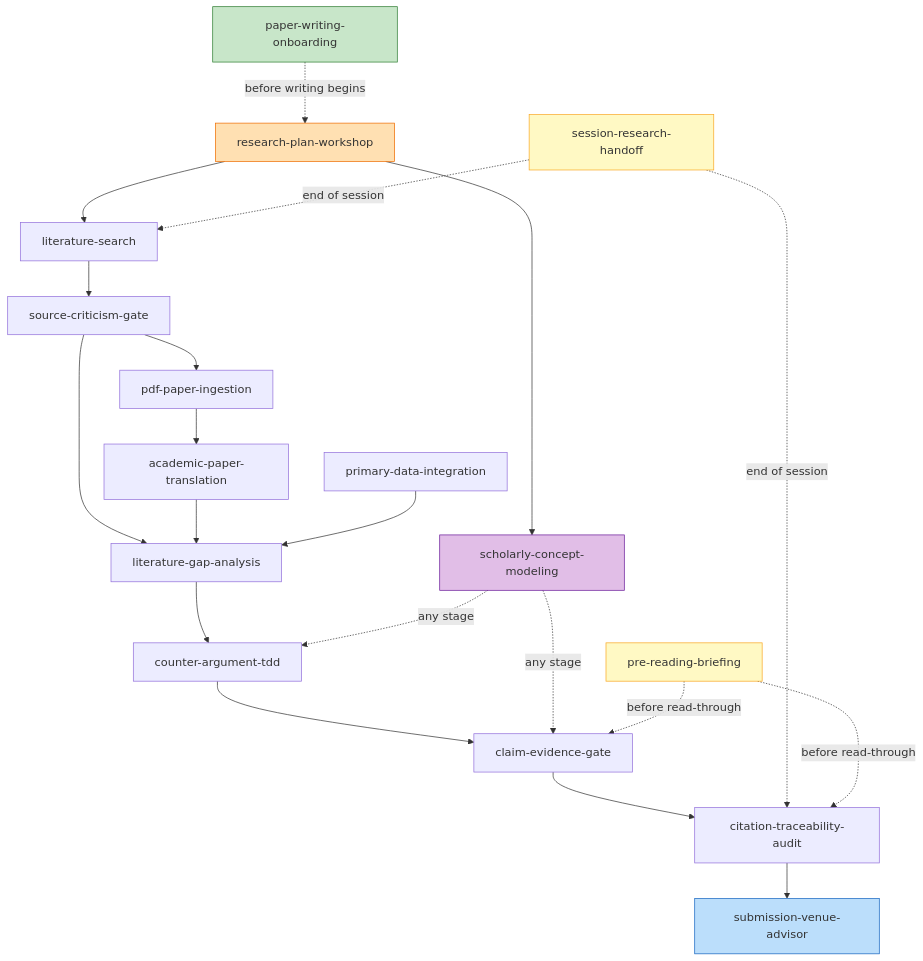
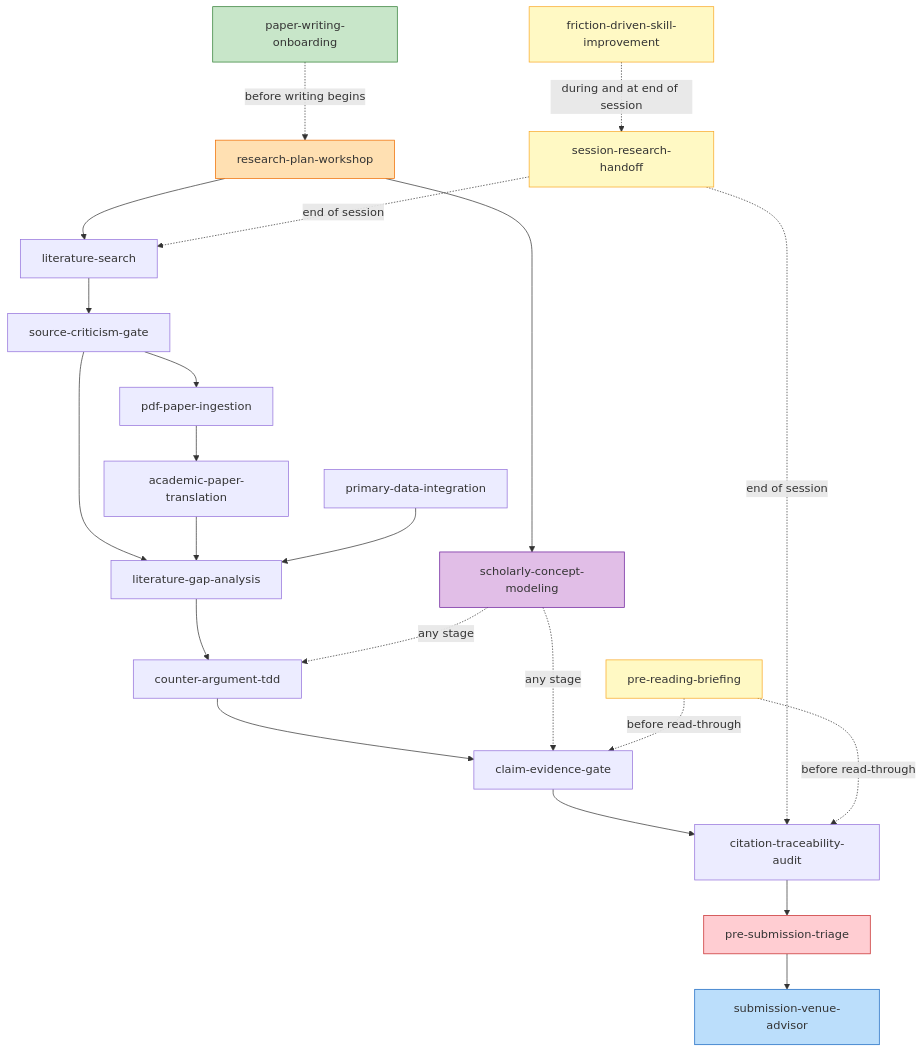
Before and after one commit to hideshi/scholarly-agent-skills: the diagram in skills/en/README.md, drawn with Mermaid. The commit also changed other lines of this file and 3 other files, not shown here.

First line of the commit message:
投稿前ゲートの WARN/FAIL を3分類で判断・記録する pre-submission-triage スキルを追加する

````diff
--- a/skills/en/README.md
+++ b/skills/en/README.md
@@ -34,30 +36,34 @@
 ```mermaid
 graph TD
     K[paper-writing-onboarding] -.->|before writing begins| RP
     RP[research-plan-workshop] --> A
     RP --> F
     A[literature-search] --> SC[source-criticism-gate]
     SC --> B[pdf-paper-ingestion]
     B --> C[academic-paper-translation]
     SC --> E[literature-gap-analysis]
     C --> E
     D[primary-data-integration] --> E
     E --> G[counter-argument-tdd]
     G --> H[claim-evidence-gate]
     H --> I[citation-traceability-audit]
-    I --> L[submission-venue-advisor]
+    I --> PT[pre-submission-triage]
+    PT --> L[submission-venue-advisor]
 
     F[scholarly-concept-modeling] -.->|any stage| G
     F -.->|any stage| H
     J[session-research-handoff] -.->|end of session| A
     J -.->|end of session| I
     PR[pre-reading-briefing] -.->|before read-through| H
     PR -.->|before read-through| I
+    FD[friction-driven-skill-improvement] -.->|during and at end of session| J
 
     style K fill:#c8e6c9,stroke:#2e7d32
     style RP fill:#ffe0b2,stroke:#ef6c00
     style F fill:#e1bee7,stroke:#6a1b9a
     style J fill:#fff9c4,stroke:#f9a825
     style PR fill:#fff9c4,stroke:#f9a825
+    style FD fill:#fff9c4,stroke:#f9a825
+    style PT fill:#ffcdd2,stroke:#c62828
     style L fill:#bbdefb,stroke:#1565c0
 ```
````
